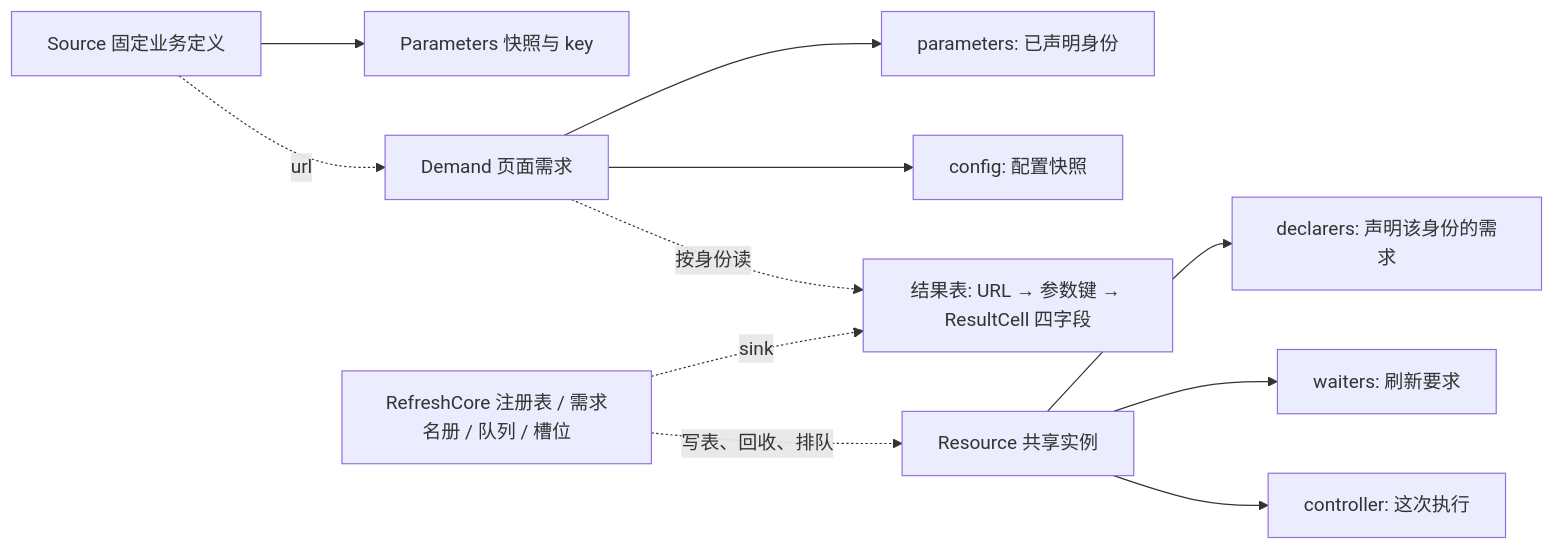
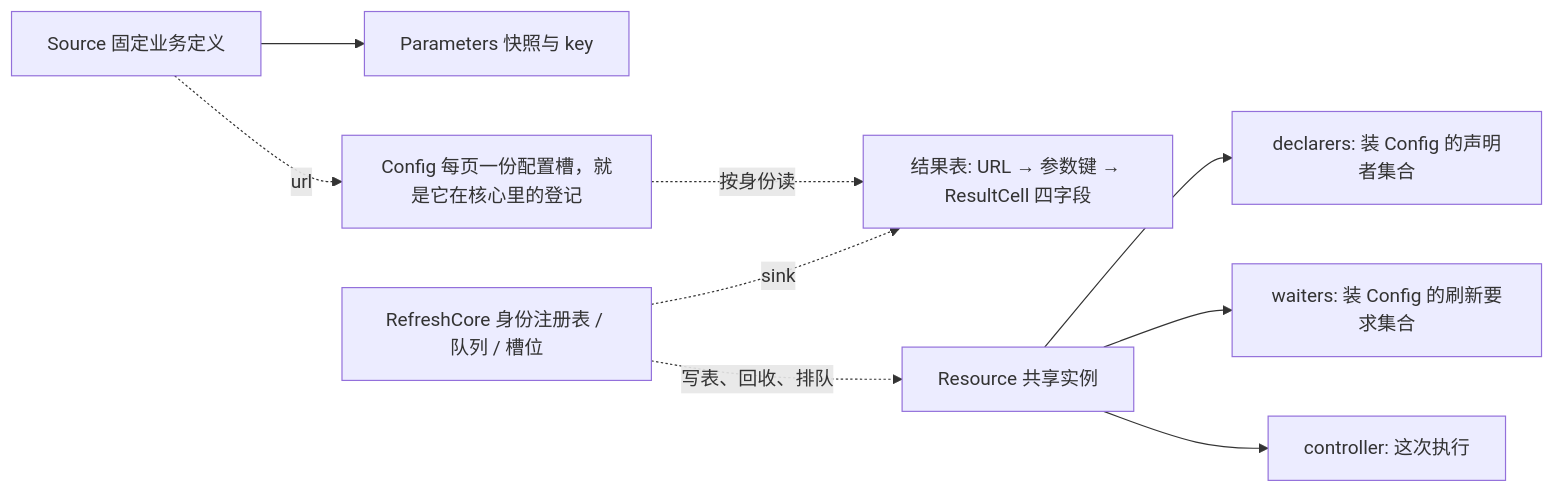
Before and after one commit to anjing0524/vue-refresh: the diagram in DESIGN.md, drawn with Mermaid. The commit also changed other lines of this file and 13 other files, not shown here.

````diff
--- a/DESIGN.md
+++ b/DESIGN.md
@@ -83,13 +82,11 @@
 ```mermaid
 flowchart LR
   Source[Source 固定业务定义] --> Parameters[Parameters 快照与 key]
-  Source -. url .-> Demand[Demand 页面需求]
-  Demand --> Params[parameters: 已声明身份]
-  Demand --> Config[config: 配置快照]
-  Demand -. 按身份读 .-> Table[结果表: URL → 参数键 → ResultCell 四字段]
-  Resource[Resource 共享实例] --> Decl[declarers: 声明该身份的需求]
-  Resource --> Waiters[waiters: 刷新要求]
+  Source -. url .-> Config[Config 每页一份配置槽，就是它在核心里的登记]
+  Config -. 按身份读 .-> Table[结果表: URL → 参数键 → ResultCell 四字段]
+  Resource[Resource 共享实例] --> Decl[declarers: 装 Config 的声明者集合]
+  Resource --> Waiters[waiters: 装 Config 的刷新要求集合]
   Resource --> Controller[controller: 这次执行]
-  Core[RefreshCore 注册表 / 需求名册 / 队列 / 槽位] -. 写表、回收、排队 .-> Resource
+  Core[RefreshCore 身份注册表 / 队列 / 槽位] -. 写表、回收、排队 .-> Resource
   Core -. sink .-> Table
 ```
````
